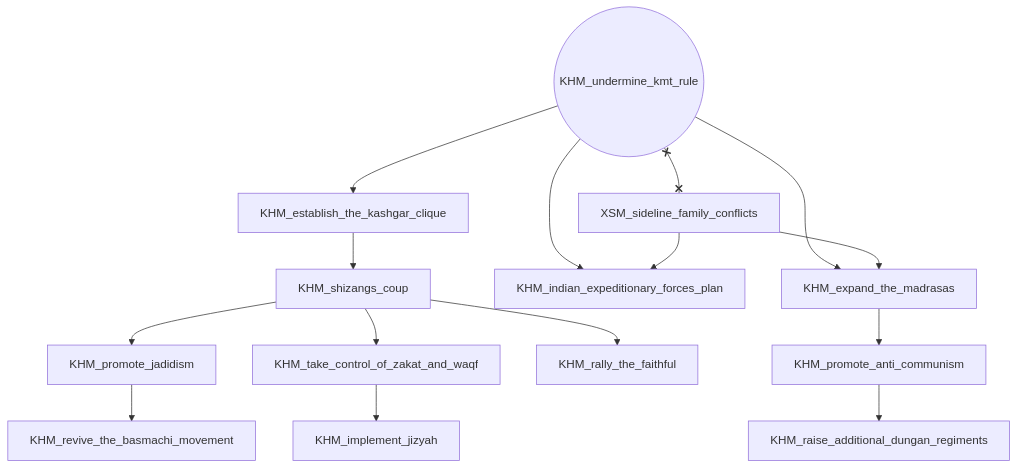
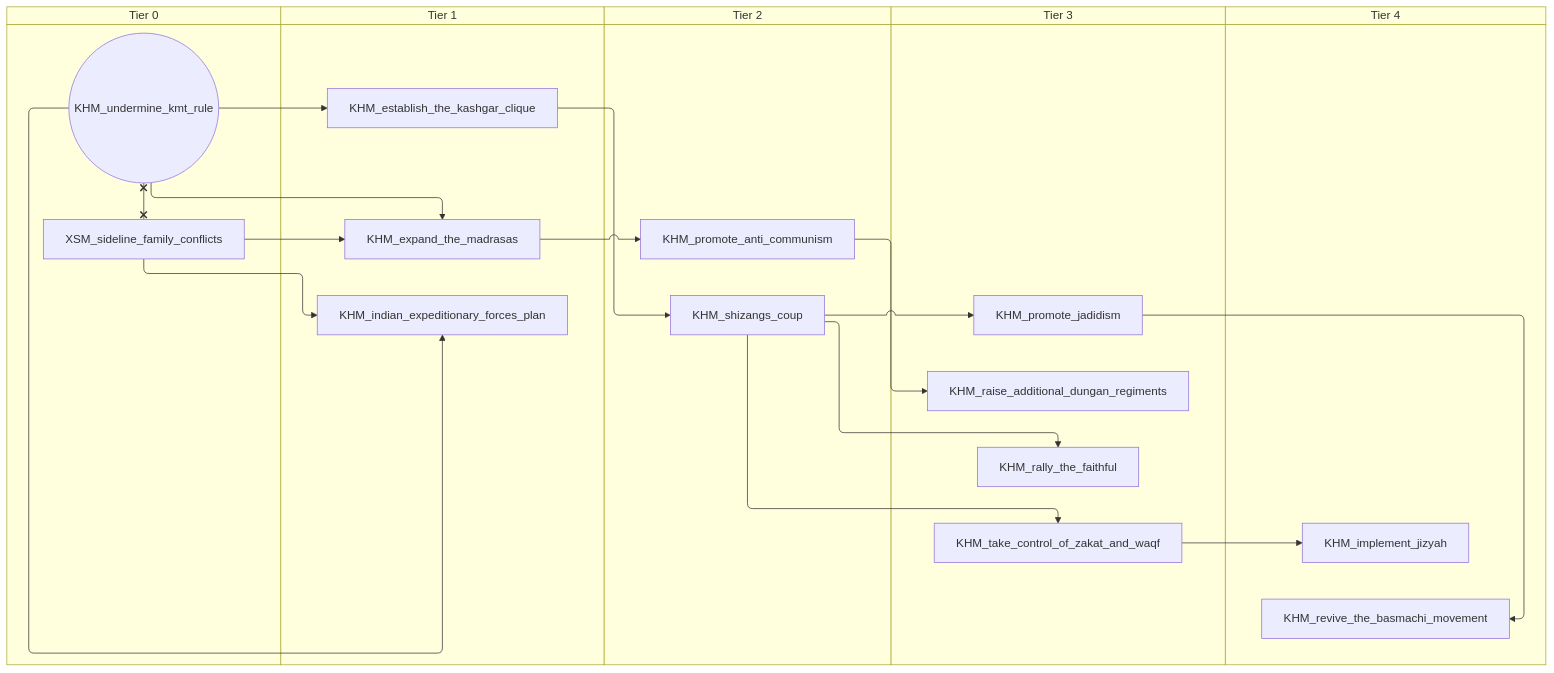
The sixth of 13 diagrams in docs/gdd/National Focuses/china_warlord_sea.md (evgeny-sobol/hoi4-sandbox-mode), drawn with Mermaid before and after one commit. The commit also changed other lines of this file and 80 other files, not shown here.

First line of the commit message:
Add swimlane mode to focus graph exporter

````diff
--- a/docs/gdd/National Focuses/china_warlord_sea.md
+++ b/docs/gdd/National Focuses/china_warlord_sea.md
@@ -254,30 +306,40 @@
 ```mermaid
-flowchart TD
-    n83["KHM_establish_the_kashgar_clique"]
-    n84["KHM_expand_the_madrasas"]
-    n85["KHM_implement_jizyah"]
-    n86["KHM_indian_expeditionary_forces_plan"]
-    n87["KHM_promote_anti_communism"]
-    n88["KHM_promote_jadidism"]
-    n89["KHM_raise_additional_dungan_regiments"]
-    n90["KHM_rally_the_faithful"]
-    n91["KHM_revive_the_basmachi_movement"]
-    n92["KHM_shizangs_coup"]
-    n93["KHM_take_control_of_zakat_and_waqf"]
-    n94(("KHM_undermine_kmt_rule"))
-    n95["XSM_sideline_family_conflicts"]
-    n94 --> n83
-    n94 --> n84
-    n95 --> n84
-    n93 --> n85
-    n94 --> n86
-    n95 --> n86
+swimlane-beta TD
+    subgraph tier_0["Tier 0"]
+        n83(("KHM_undermine_kmt_rule"))
+        n84["XSM_sideline_family_conflicts"]
+    end
+    subgraph tier_1["Tier 1"]
+        n85["KHM_establish_the_kashgar_clique"]
+        n86["KHM_expand_the_madrasas"]
+        n87["KHM_indian_expeditionary_forces_plan"]
+    end
+    subgraph tier_2["Tier 2"]
+        n88["KHM_promote_anti_communism"]
+        n89["KHM_shizangs_coup"]
+    end
+    subgraph tier_3["Tier 3"]
+        n90["KHM_promote_jadidism"]
+        n91["KHM_raise_additional_dungan_regiments"]
+        n92["KHM_rally_the_faithful"]
+        n93["KHM_take_control_of_zakat_and_waqf"]
+    end
+    subgraph tier_4["Tier 4"]
+        n94["KHM_implement_jizyah"]
+        n95["KHM_revive_the_basmachi_movement"]
+    end
+    n83 --> n85
+    n83 --> n86
+    n84 --> n86
+    n93 --> n94
+    n83 --> n87
     n84 --> n87
-    n92 --> n88
-    n87 --> n89
-    n92 --> n90
+    n86 --> n88
+    n89 --> n90
     n88 --> n91
-    n83 --> n92
-    n92 --> n93
-    n94 x--x n95
+    n89 --> n92
+    n90 --> n95
+    n85 --> n89
+    n89 --> n93
+    n83 x--x n84
 ```
````
